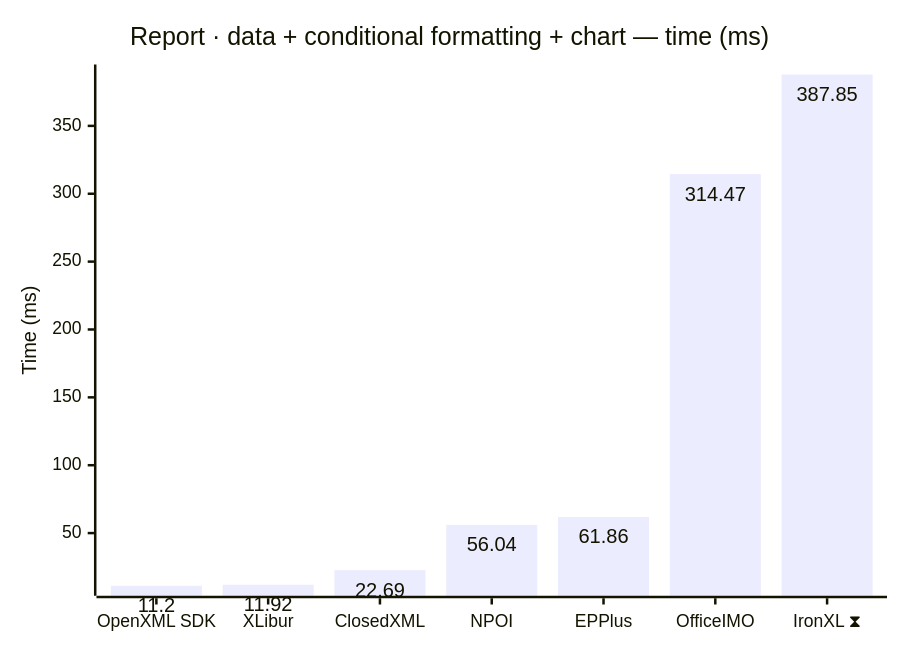
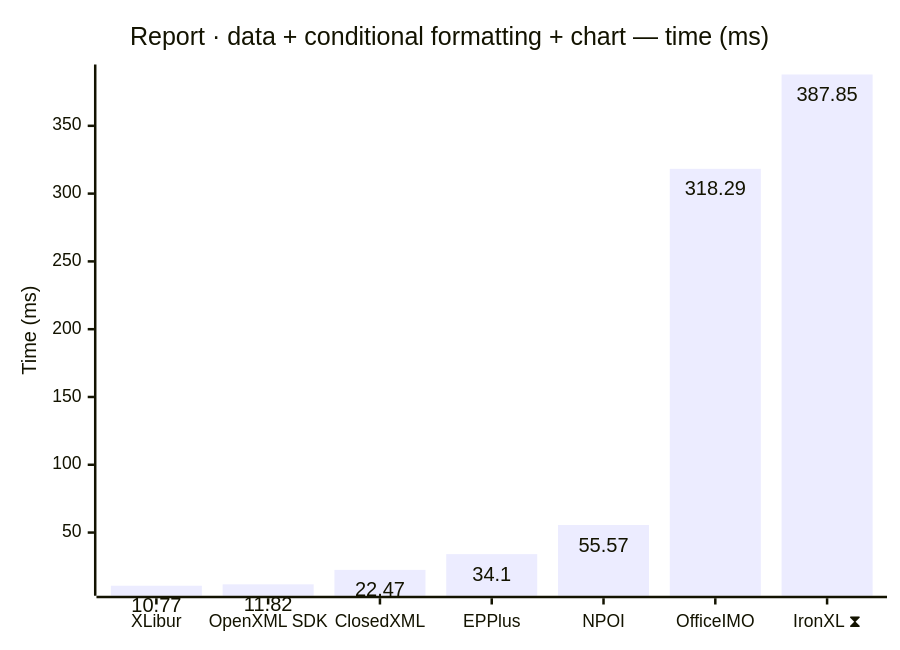
Before and after one commit to jafin/XLBench: the seventh of 12 diagrams in docs/results-ci.md, drawn with Mermaid. The commit also changed other lines of this file, not shown here.

````diff
--- a/docs/results-ci.md
+++ b/docs/results-ci.md
@@ -121,12 +121,12 @@
 ```mermaid
 ---
 config:
   xyChart:
     showDataLabel: true
 ---
 xychart-beta
     title "Report · data + conditional formatting + chart — time (ms)"
-    x-axis ["OpenXML SDK", "XLibur", "ClosedXML", "NPOI", "EPPlus", "OfficeIMO", "IronXL ⧗"]
+    x-axis ["XLibur", "OpenXML SDK", "ClosedXML", "EPPlus", "NPOI", "OfficeIMO", "IronXL ⧗"]
     y-axis "Time (ms)"
-    bar [11.2, 11.92, 22.69, 56.04, 61.86, 314.47, 387.85]
+    bar [10.77, 11.82, 22.47, 34.1, 55.57, 318.29, 387.85]
 ```
````
